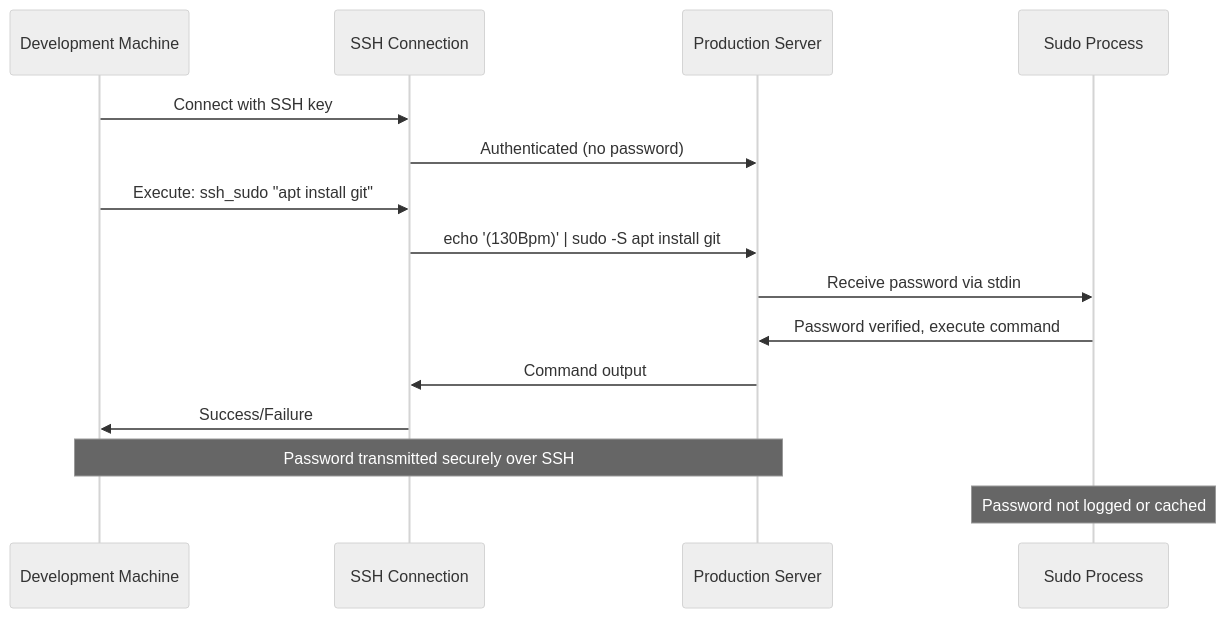
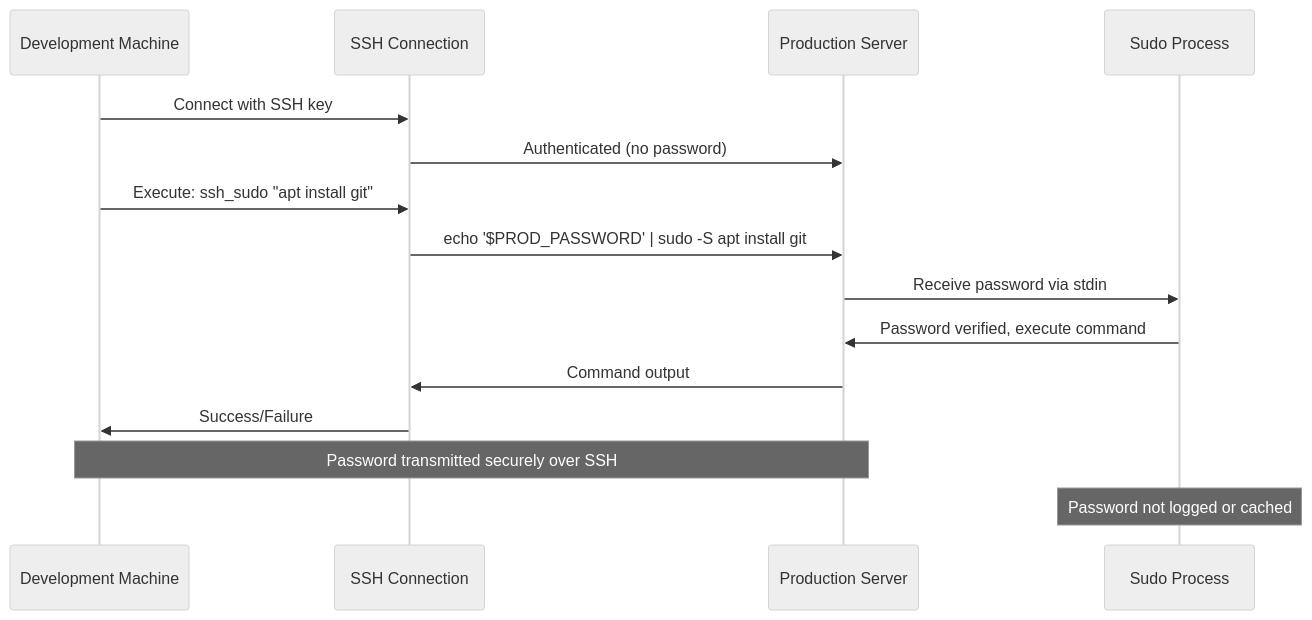
One commit to blur702/kevinalthaus-com-oct changed the diagram in SUDO-PASSWORD-SETUP.md. Above: the diagram before and after it, drawn with Mermaid (neutral theme). The commit also changed other lines of this file and 135 other files, not shown here.

````diff
--- a/SUDO-PASSWORD-SETUP.md
+++ b/SUDO-PASSWORD-SETUP.md
@@ -176,20 +176,20 @@
 ```mermaid
 sequenceDiagram
     participant Dev as Development Machine
     participant SSH as SSH Connection
     participant Prod as Production Server
     participant Sudo as Sudo Process
 
     Dev->>SSH: Connect with SSH key
     SSH->>Prod: Authenticated (no password)
 
     Dev->>SSH: Execute: ssh_sudo "apt install git"
-    SSH->>Prod: echo '(130Bpm)' | sudo -S apt install git
+    SSH->>Prod: echo '$PROD_PASSWORD' | sudo -S apt install git
     Prod->>Sudo: Receive password via stdin
     Sudo->>Prod: Password verified, execute command
     Prod->>SSH: Command output
     SSH->>Dev: Success/Failure
 
     Note over Dev,Prod: Password transmitted securely over SSH
     Note over Sudo: Password not logged or cached
 ```
````
